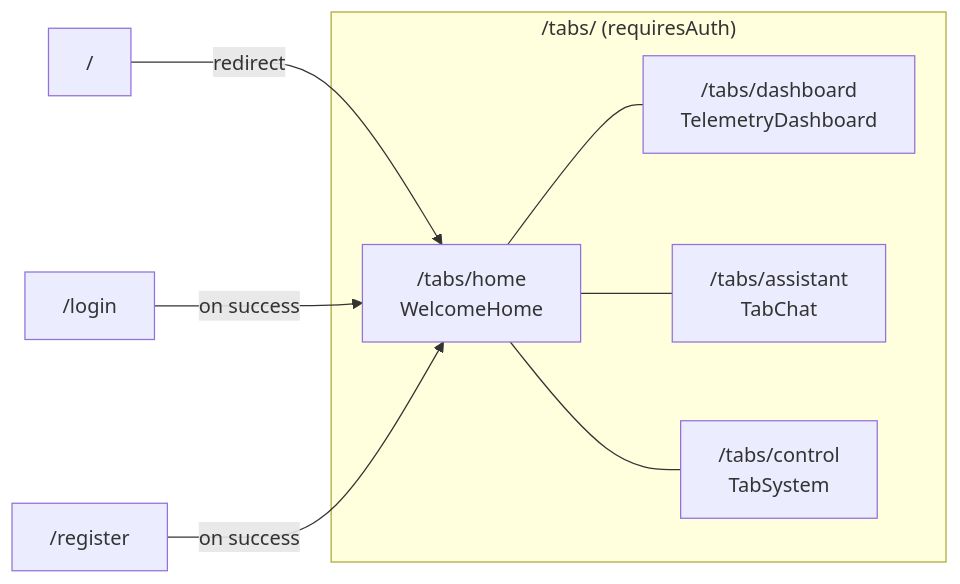
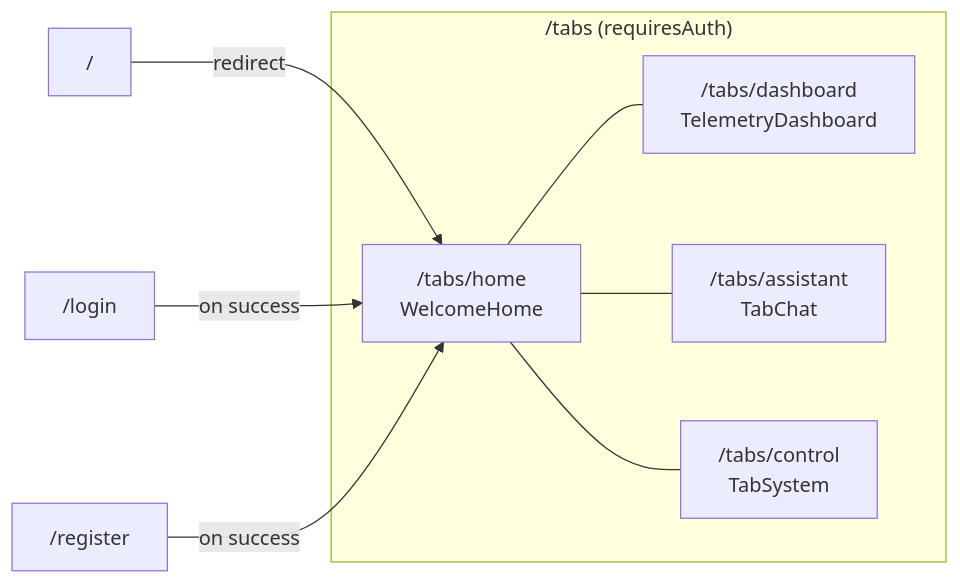
The second of 7 diagrams in README.md (LNieto-V/agronexus-ui), drawn with Mermaid before and after one commit. The commit also changed other lines of this file and 8 other files, not shown here.

````diff
--- a/README.md
+++ b/README.md
@@ -62,17 +62,17 @@
 ```mermaid
 graph LR
     Root["/"] -->|redirect| Home
     Login["/login"] -->|on success| Home
     Register["/register"] -->|on success| Home
 
-    subgraph Authenticated["/tabs/ (requiresAuth)"]
+    subgraph Authenticated["/tabs (requiresAuth)"]
         Home["/tabs/home<br/>WelcomeHome"]
         Dashboard["/tabs/dashboard<br/>TelemetryDashboard"]
         Chat["/tabs/assistant<br/>TabChat"]
         System["/tabs/control<br/>TabSystem"]
     end
 
     Home --- Dashboard
     Home --- Chat
     Home --- System
 ```
````
